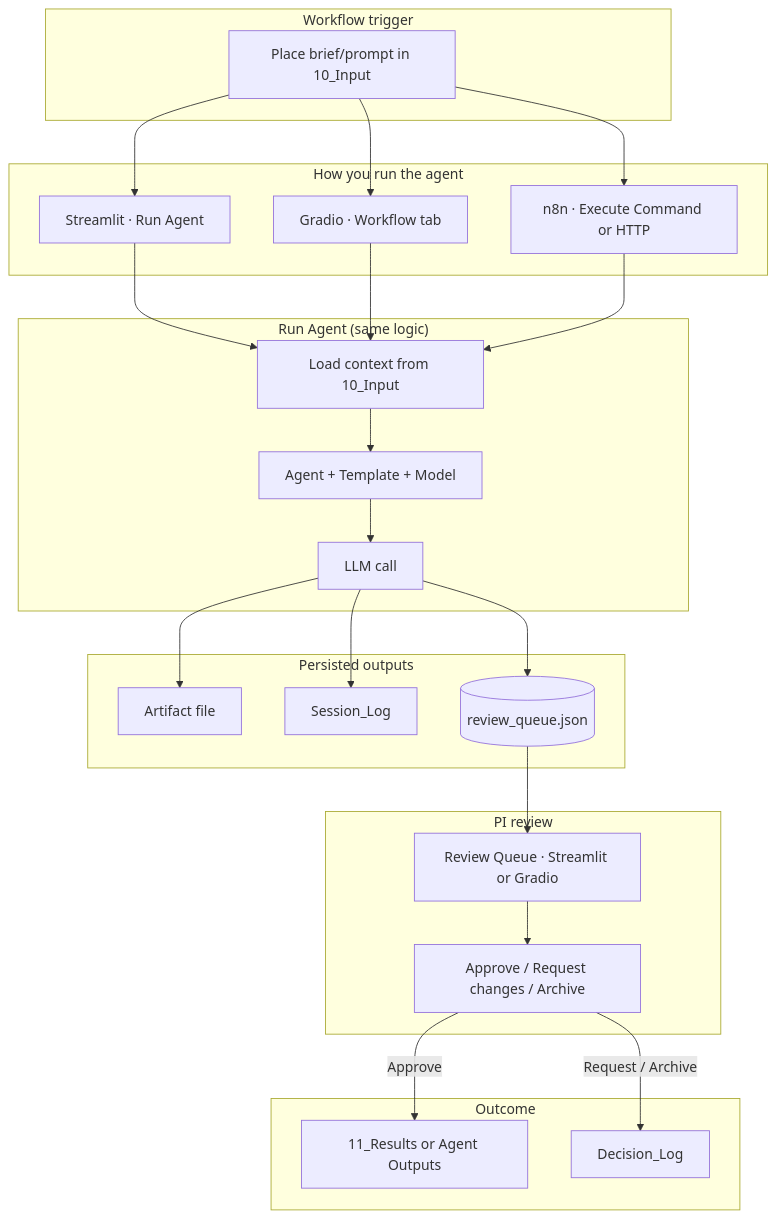
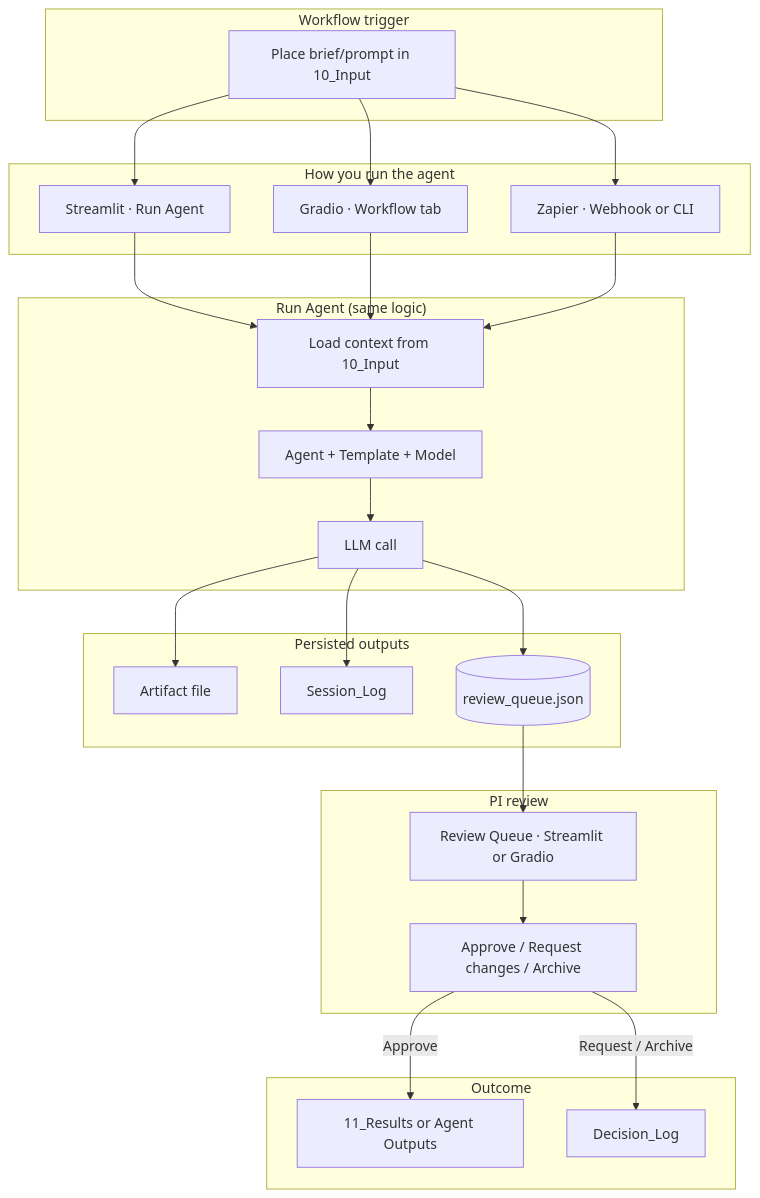
The second of 2 diagrams in 09_Operations/Workflow_Visual.md (CyberVet13/Aegislab-doctoral-cyber-analytics), drawn with Mermaid before and after one commit. The commit also changed other lines of this file and 77 other files, not shown here.

````diff
--- a/09_Operations/Workflow_Visual.md
+++ b/09_Operations/Workflow_Visual.md
@@ -42,49 +42,49 @@
 ```mermaid
 flowchart TB
     subgraph trigger["Workflow trigger"]
         I[Place brief/prompt in 10_Input]
     end
 
     subgraph entry["How you run the agent"]
         S[Streamlit · Run Agent]
         G[Gradio · Workflow tab]
-        N[n8n · Execute Command or HTTP]
+        Z[Zapier · Webhook or CLI]
     end
 
     subgraph agent["Run Agent (same logic)"]
         L[Load context from 10_Input]
         R[Agent + Template + Model]
         M[LLM call]
     end
 
     subgraph persist["Persisted outputs"]
         A[Artifact file]
         SL[Session_Log]
         Q[(review_queue.json)]
     end
 
     subgraph pi["PI review"]
         RQ[Review Queue · Streamlit or Gradio]
         ACT[Approve / Request changes / Archive]
     end
 
     subgraph final["Outcome"]
         OK[11_Results or Agent Outputs]
         DL[Decision_Log]
     end
 
     I --> S
     I --> G
-    I --> N
+    I --> Z
     S --> L
     G --> L
-    N --> L
+    Z --> L
     L --> R --> M
     M --> A
     M --> SL
     M --> Q
     Q --> RQ
     RQ --> ACT
     ACT -->|Approve| OK
     ACT -->|Request / Archive| DL
 ```
````
